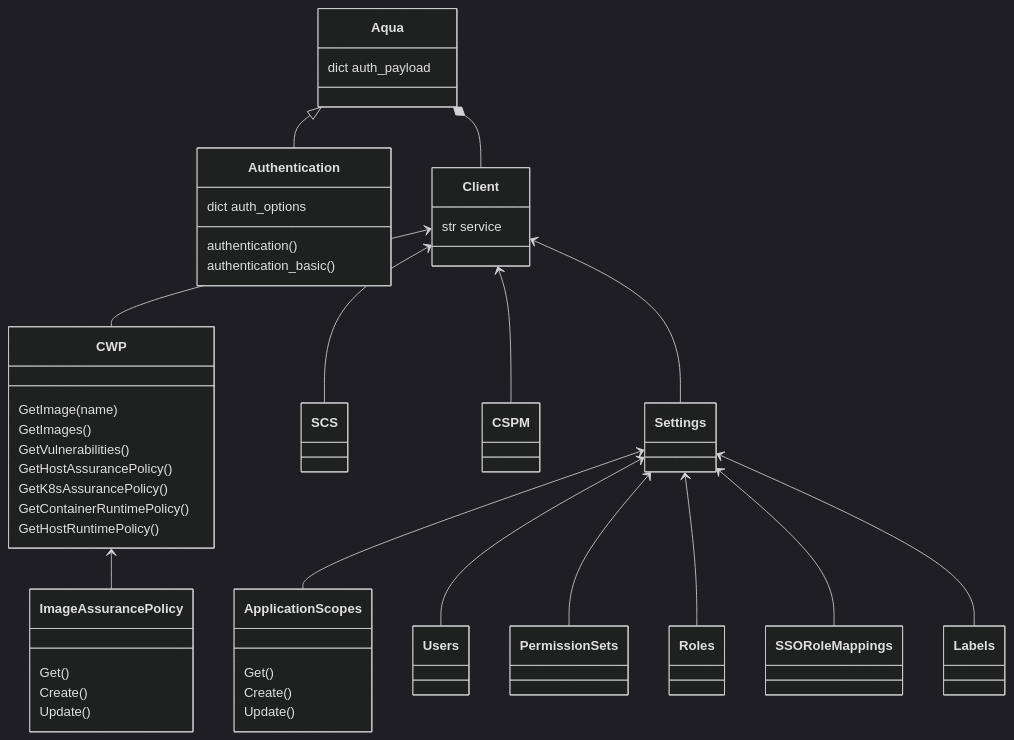
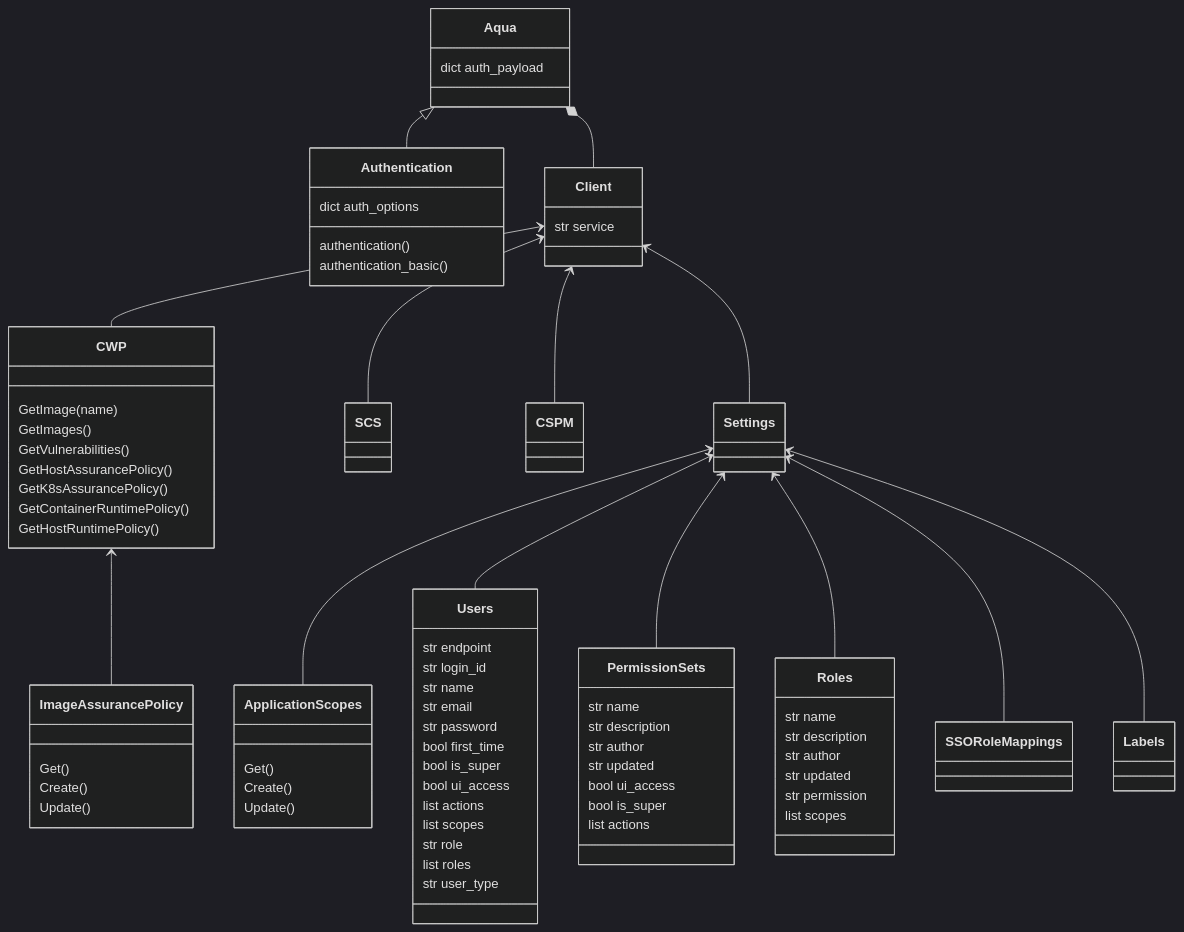
Before and after one commit to That-Cloud-Group/liquid: the diagram in README.md, drawn with Mermaid (dark theme). The commit also changed 1 other file, not shown here.

Commit message:
add labels

````diff
--- a/README.md
+++ b/README.md
@@ -6,40 +6,69 @@
 ```mermaid
 classDiagram
 Aqua <|-- Authentication
 Aqua: dict auth_payload
 Aqua *-- Client
 
 Authentication : dict auth_options
 Authentication: authentication()
 Authentication: authentication_basic()
 
 Client: str service
 Client <-- CWP
 Client <-- SCS
 Client <-- CSPM
 Client <-- Settings
 
 CWP <-- ImageAssurancePolicy
 CWP: GetImage(name)
 CWP: GetImages()
 CWP: GetVulnerabilities()
 CWP: GetHostAssurancePolicy()
 CWP: GetK8sAssurancePolicy()
 CWP: GetContainerRuntimePolicy()
 CWP: GetHostRuntimePolicy()
 
 Settings <-- ApplicationScopes
 Settings <-- Users
 Settings <-- PermissionSets
 Settings <-- Roles
 Settings <-- SSORoleMappings
 Settings <-- Labels
 
+Users: str endpoint
+Users: str login_id
+Users: str name
+Users: str email
+Users: str password
+Users: bool first_time
+Users: bool is_super
+Users: bool ui_access
+Users: list actions
+Users: list scopes
+Users: str role
+Users: list roles
+Users: str user_type
+
+Roles: str name
+Roles: str description
+Roles: str author
+Roles: str updated
+Roles: str permission
+Roles: list scopes
+
+PermissionSets: str name
+PermissionSets: str description
+PermissionSets: str author
+PermissionSets: str updated
+PermissionSets: bool ui_access
+PermissionSets: bool is_super
+PermissionSets: list actions
+
 ImageAssurancePolicy: Get()
 ImageAssurancePolicy: Create()
 ImageAssurancePolicy: Update()
 
 ApplicationScopes: Get()
 ApplicationScopes: Create()
 ApplicationScopes: Update()
 ```
````
